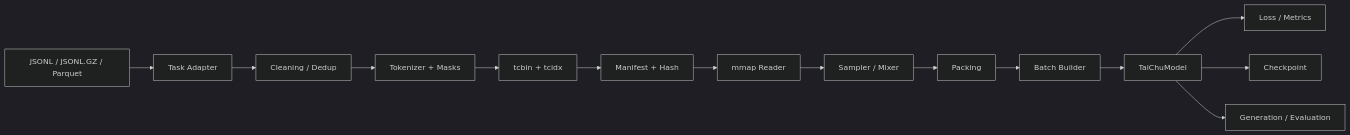
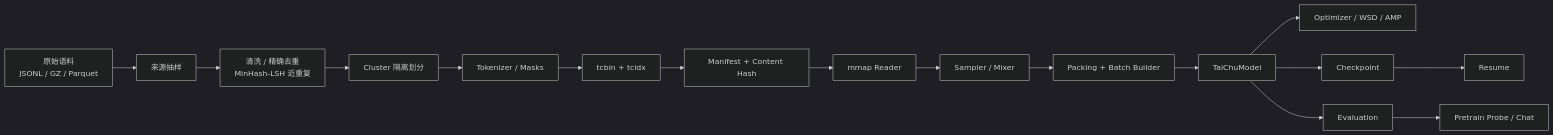
The first of 2 diagrams in data/readmes/Hsuant__TaiChu.md (zqf20096327/ai_collect), drawn with Mermaid (dark theme) before and after one commit. The commit also changed other lines of this file and 1908 other files, not shown here.

````diff
--- a/data/readmes/Hsuant__TaiChu.md
+++ b/data/readmes/Hsuant__TaiChu.md
@@ -84,16 +95,18 @@
 ```mermaid
 flowchart LR
-    A["JSONL / JSONL.GZ / Parquet"] --> B["Task Adapter"]
-    B --> C["Cleaning / Dedup"]
-    C --> D["Tokenizer + Masks"]
-    D --> E["tcbin + tcidx"]
-    E --> F["Manifest + Hash"]
-    F --> G["mmap Reader"]
-    G --> H["Sampler / Mixer"]
-    H --> I["Packing"]
-    I --> J["Batch Builder"]
+    A["原始语料<br/>JSONL / GZ / Parquet"] --> B["来源抽样"]
+    B --> C["清洗 / 精确去重<br/>MinHash-LSH 近重复"]
+    C --> D["Cluster 隔离划分"]
+    D --> E["Tokenizer / Masks"]
+    E --> F["tcbin + tcidx"]
+    F --> G["Manifest + Content Hash"]
+    G --> H["mmap Reader"]
+    H --> I["Sampler / Mixer"]
+    I --> J["Packing + Batch Builder"]
     J --> K["TaiChuModel"]
-    K --> L["Loss / Metrics"]
+    K --> L["Optimizer / WSD / AMP"]
     K --> M["Checkpoint"]
-    K --> N["Generation / Evaluation"]
+    K --> N["Evaluation"]
+    M --> O["Resume"]
+    N --> P["Pretrain Probe / Chat"]
 ```
````
